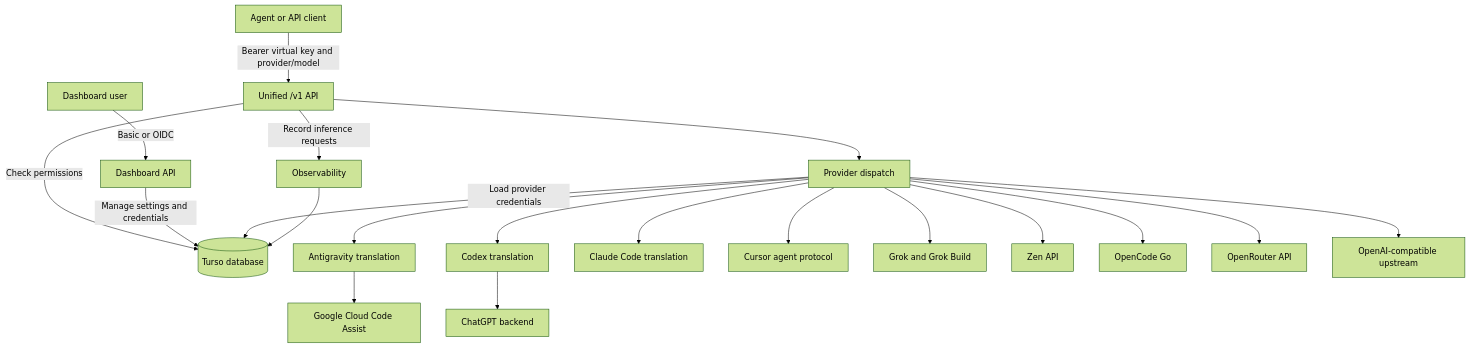
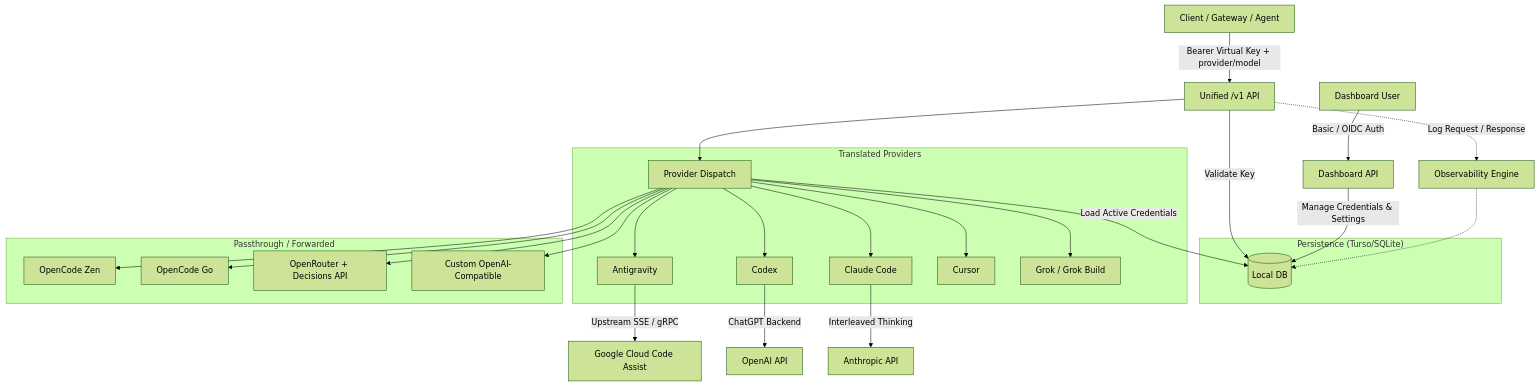
The first of 2 diagrams in docs/architecture.md (Delnegend/zero-g), drawn with Mermaid (forest theme) before and after one commit. The commit also changed other lines of this file, not shown here.

First line of the commit message:
docs(architecture): restructure with component table and request flow diagrams

````diff
--- a/docs/architecture.md
+++ b/docs/architecture.md
@@ -7,22 +5,37 @@
 ```mermaid
 flowchart TD
-    Agent[Agent or API client] -->|Bearer virtual key and provider/model| API[Unified /v1 API]
-    Browser[Dashboard user] -->|Basic or OIDC| Dashboard[Dashboard API]
-    API -->|Check permissions| DB[(Turso database)]
-    Dashboard -->|Manage settings and credentials| DB
-    API --> Router[Provider dispatch]
-    Router -->|Load provider credentials| DB
-    Router --> AGY[Antigravity translation]
-    Router --> Codex[Codex translation]
-    Router --> Claude[Claude Code translation]
-    Router --> Cursor[Cursor agent protocol]
-    Router --> Grok[Grok and Grok Build]
-    Router --> Zen[Zen API]
-    Router --> Go[OpenCode Go]
-    Router --> OpenRouter[OpenRouter API]
-    Router --> Custom[OpenAI-compatible upstream]
-    AGY --> Google[Google Cloud Code Assist]
-    Codex --> OpenAI[ChatGPT backend]
-    API -->|Record inference requests| Logs[Observability]
-    Logs --> DB
+    Client[Client / Gateway / Agent] -->|Bearer Virtual Key + provider/model| V1["Unified /v1 API"]
+    Admin[Dashboard User] -->|Basic / OIDC Auth| Dash[Dashboard API]
+    
+    subgraph Storage ["Persistence (Turso/SQLite)"]
+        DB[(Local DB)]
+    end
+
+    V1 -->|Validate Key| DB
+    Dash -->|Manage Credentials & Settings| DB
+
+    V1 --> Dispatch[Provider Dispatch]
+    Dispatch -->|Load Active Credentials| DB
+
+    subgraph Translation ["Translated Providers"]
+        Dispatch --> AGY[Antigravity]
+        Dispatch --> Codex[Codex]
+        Dispatch --> Claude[Claude Code]
+        Dispatch --> Cursor[Cursor]
+        Dispatch --> Grok[Grok / Grok Build]
+    end
+
+    subgraph Passthrough ["Passthrough / Forwarded"]
+        Dispatch --> Zen[OpenCode Zen]
+        Dispatch --> Go[OpenCode Go]
+        Dispatch --> OpenRouter[OpenRouter + Decisions API]
+        Dispatch --> Custom[Custom OpenAI-Compatible]
+    end
+
+    AGY -->|Upstream SSE / gRPC| Google[Google Cloud Code Assist]
+    Codex -->|ChatGPT Backend| OpenAI[OpenAI API]
+    Claude -->|Interleaved Thinking| Anthropic[Anthropic API]
+    
+    V1 -.->|Log Request / Response| Logs[Observability Engine]
+    Logs -.-> DB
 ```
````
